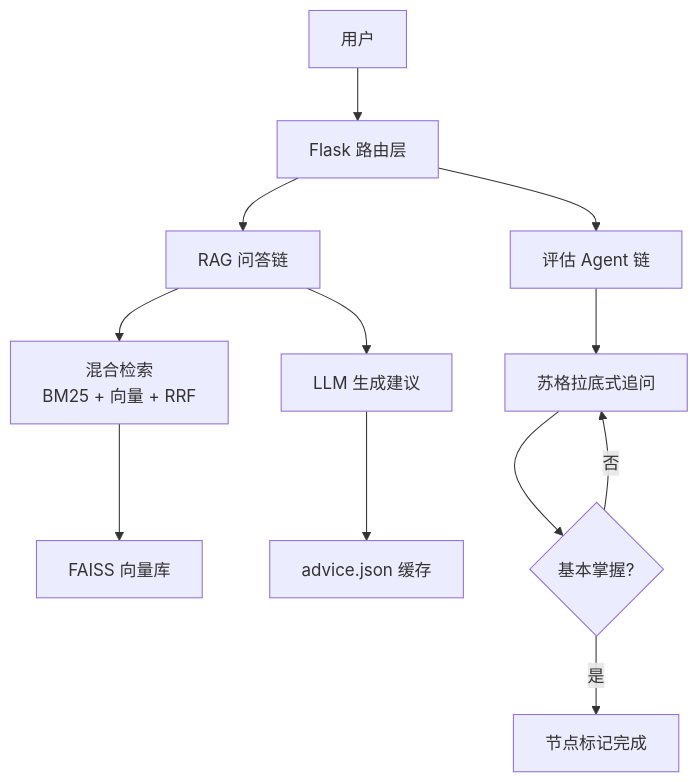
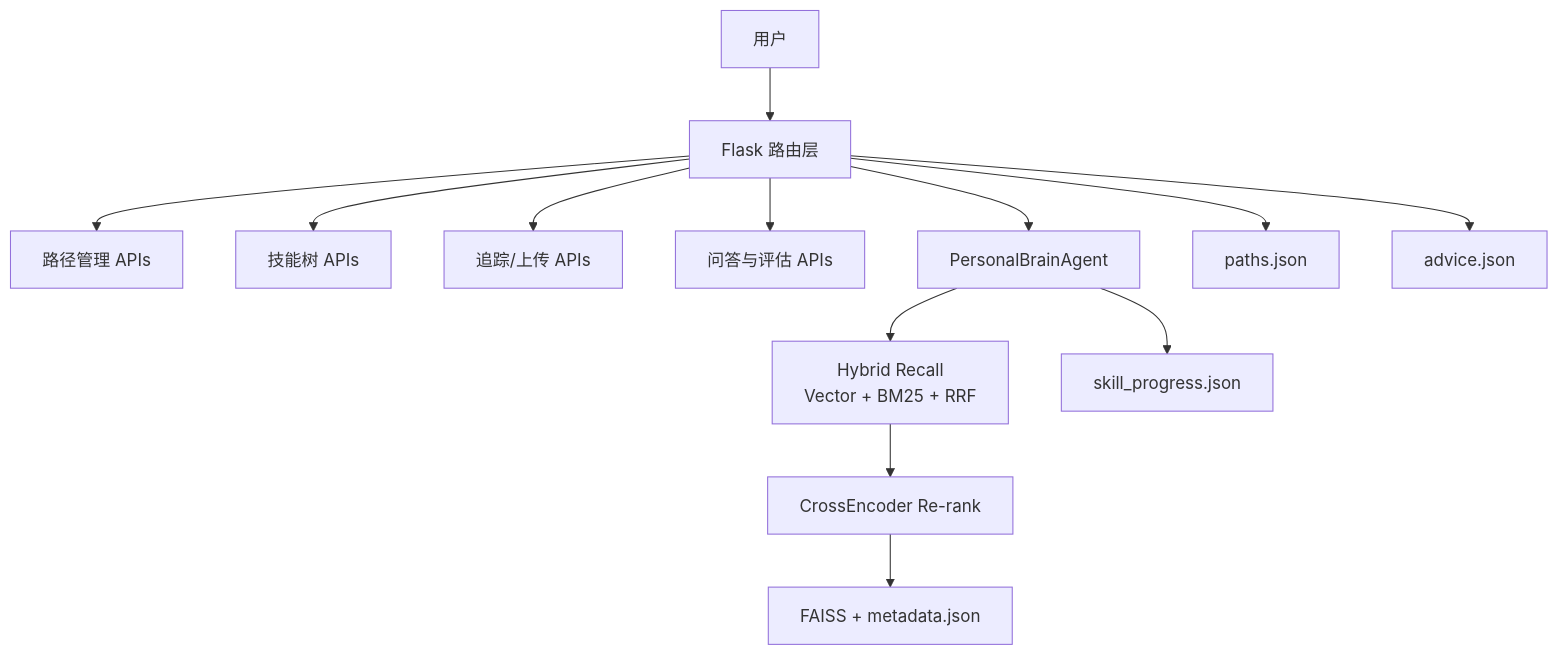
One commit to JohnnyCannotDecide/Personal-Learning-Agent changed the first of 2 diagrams in README.md. Above: the diagram before and after it, drawn with Mermaid. The commit also changed other lines of this file and 14 other files, not shown here.

````diff
--- a/README.md
+++ b/README.md
@@ -13,14 +15,15 @@
 ```mermaid
 graph TD
-    A[用户] --> B[Flask 路由层]
-    B --> C[RAG 问答链]
-    B --> D[评估 Agent 链]
-    C --> E[混合检索\nBM25 + 向量 + RRF]
-    E --> F[FAISS 向量库]
-    C --> G[LLM 生成建议]
-    D --> H[苏格拉底式追问]
-    H --> I{基本掌握?}
-    I -->|是| J[节点标记完成]
-    I -->|否| H
-    G --> K[advice.json 缓存]
+    U[用户] --> F[Flask 路由层]
+    F --> P1[路径管理 APIs]
+    F --> P2[技能树 APIs]
+    F --> P3[追踪/上传 APIs]
+    F --> P4[问答与评估 APIs]
+    F --> A[PersonalBrainAgent]
+    A --> H[Hybrid Recall\nVector + BM25 + RRF]
+    H --> R[CrossEncoder Re-rank]
+    R --> V[FAISS + metadata.json]
+    A --> S1[skill_progress.json]
+    F --> S2[paths.json]
+    F --> S3[advice.json]
 ```
````
